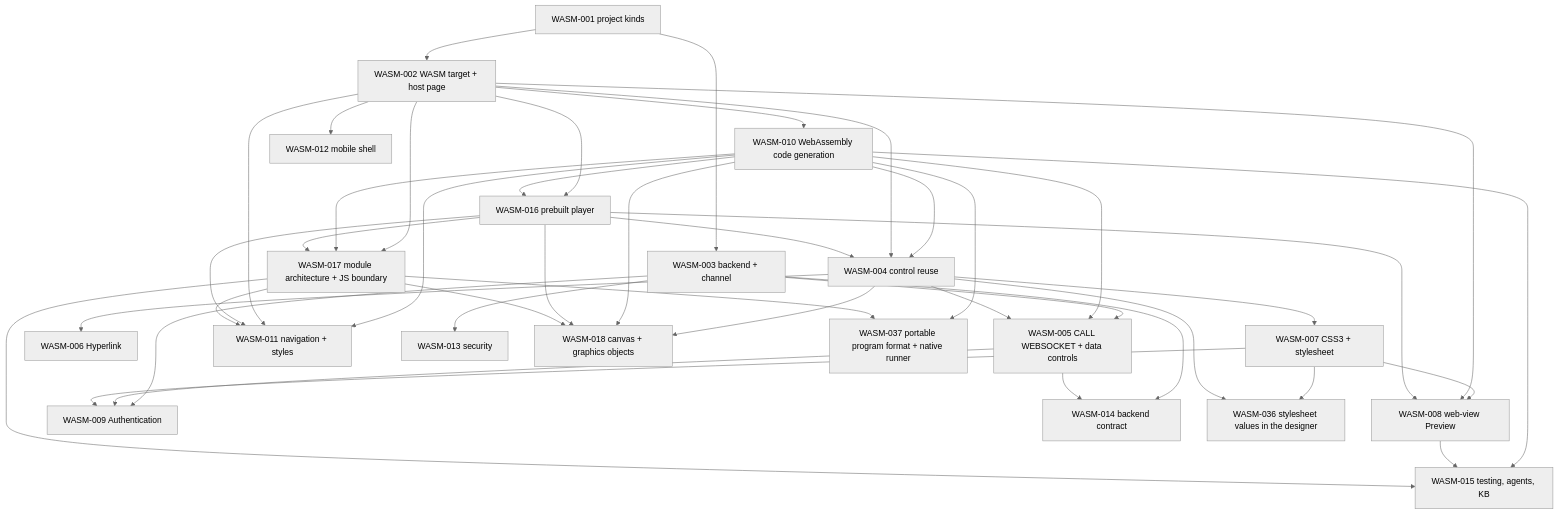
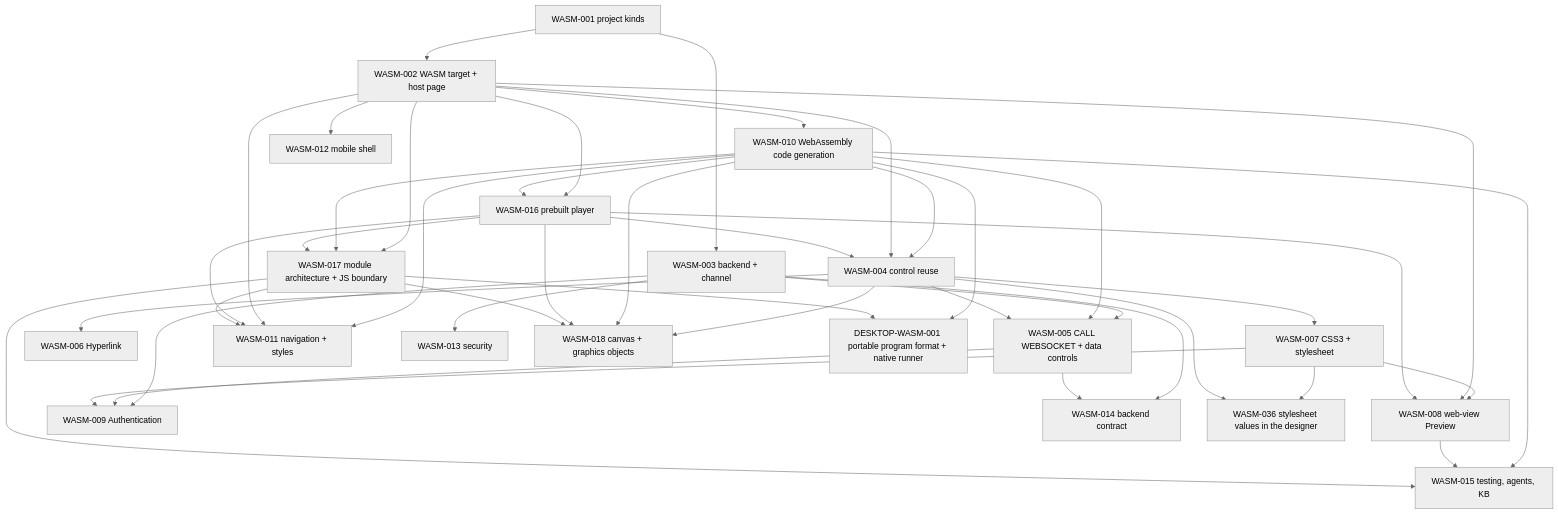
Before and after one commit to CloudLandBeta/PowerRustCOBOL: the second of 2 diagrams in specs/WASM-INDEX.md, drawn with Mermaid (neutral theme). The commit also changed other lines of this file and 5 other files, not shown here.

First line of the commit message:
Plan DESKTOP-WASM-001 (renamed from WASM-037): pixel-perfect parity with the Cargo build, seven milestones (2.0.481)

````diff
--- a/specs/WASM-INDEX.md
+++ b/specs/WASM-INDEX.md
@@ -80,44 +80,44 @@
 ```mermaid
 flowchart TD
   W1["WASM-001 project kinds"] --> W2["WASM-002 WASM target + host page"]
   W1 --> W3["WASM-003 backend + channel"]
   W2 --> W10["WASM-010 WebAssembly code generation"]
   W10 --> W4["WASM-004 control reuse"]
   W2 --> W4
   W3 --> W5["WASM-005 CALL WEBSOCKET + data controls"]
   W10 --> W5
   W4 --> W5
   W4 --> W6["WASM-006 Hyperlink"]
   W4 --> W7["WASM-007 CSS3 + stylesheet"]
   W7 --> W8["WASM-008 web-view Preview"]
   W2 --> W8
   W3 --> W9["WASM-009 Authentication"]
   W5 --> W9
   W7 --> W9
   W10 --> W11["WASM-011 navigation + styles"]
   W2 --> W11
   W2 --> W12["WASM-012 mobile shell"]
   W3 --> W14["WASM-014 backend contract"]
   W5 --> W14
   W3 --> W13["WASM-013 security"]
   W10 --> W15["WASM-015 testing, agents, KB"]
   W8 --> W15
   W2 --> W16["WASM-016 prebuilt player"]
   W10 --> W16
   W16 --> W4
   W16 --> W8
   W16 --> W11
   W2 --> W17["WASM-017 module architecture + JS boundary"]
   W10 --> W17
   W16 --> W17
   W17 --> W11
   W17 --> W15
   W4 --> W18["WASM-018 canvas + graphics objects"]
   W10 --> W18
   W16 --> W18
   W17 --> W18
   W7 --> W36["WASM-036 stylesheet values in the designer"]
   W4 --> W36
-  W10 --> W37["WASM-037 portable program format + native runner"]
-  W17 --> W37
+  W10 --> DW1["DESKTOP-WASM-001 portable program format + native runner"]
+  W17 --> DW1
 ```
````
